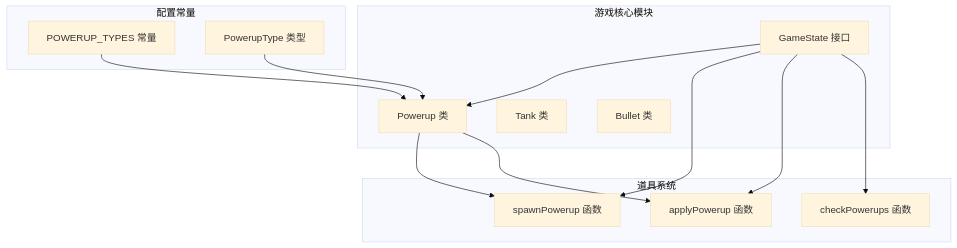
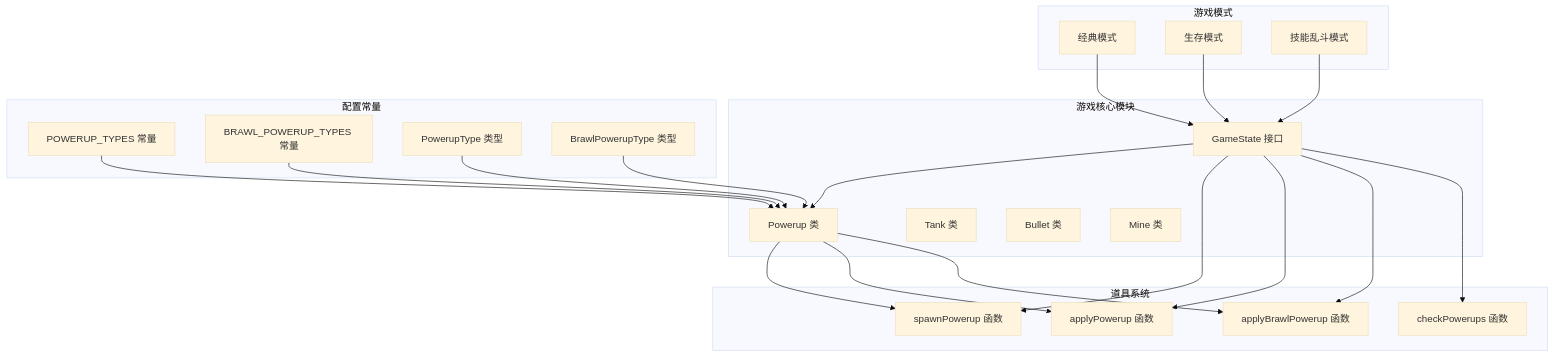
Before and after one commit to mrancc/reimagined-journey: the first of 20 diagrams in .qoder/repowiki/zh/content/游戏机制/道具系统.md, drawn with Mermaid (base theme). The commit also changed other lines of this file and 8 other files, not shown here.

````diff
--- a/.qoder/repowiki/zh/content/游戏机制/道具系统.md
+++ b/.qoder/repowiki/zh/content/游戏机制/道具系统.md
@@ -28,26 +37,42 @@
 ```mermaid
 graph TB
 subgraph "游戏核心模块"
 GameState[GameState 接口]
 Powerup[Powerup 类]
 Tank[Tank 类]
 Bullet[Bullet 类]
+Mine[Mine 类]
 end
 subgraph "道具系统"
 spawnPowerup[spawnPowerup 函数]
 applyPowerup[applyPowerup 函数]
+applyBrawlPowerup[applyBrawlPowerup 函数]
 checkPowerups[checkPowerups 函数]
 end
 subgraph "配置常量"
 POWERUP_TYPES[POWERUP_TYPES 常量]
+BRAWL_POWERUP_TYPES[BRAWL_POWERUP_TYPES 常量]
 PowerupType[PowerupType 类型]
+BrawlPowerupType[BrawlPowerupType 类型]
+end
+subgraph "游戏模式"
+ClassicMode[经典模式]
+SurvivalMode[生存模式]
+BrawlMode[技能乱斗模式]
 end
 GameState --> Powerup
 GameState --> spawnPowerup
 GameState --> applyPowerup
+GameState --> applyBrawlPowerup
 GameState --> checkPowerups
 Powerup --> spawnPowerup
 Powerup --> applyPowerup
+Powerup --> applyBrawlPowerup
 POWERUP_TYPES --> Powerup
+BRAWL_POWERUP_TYPES --> Powerup
 PowerupType --> Powerup
+BrawlPowerupType --> Powerup
+ClassicMode --> GameState
+SurvivalMode --> GameState
+BrawlMode --> GameState
 ```
````
